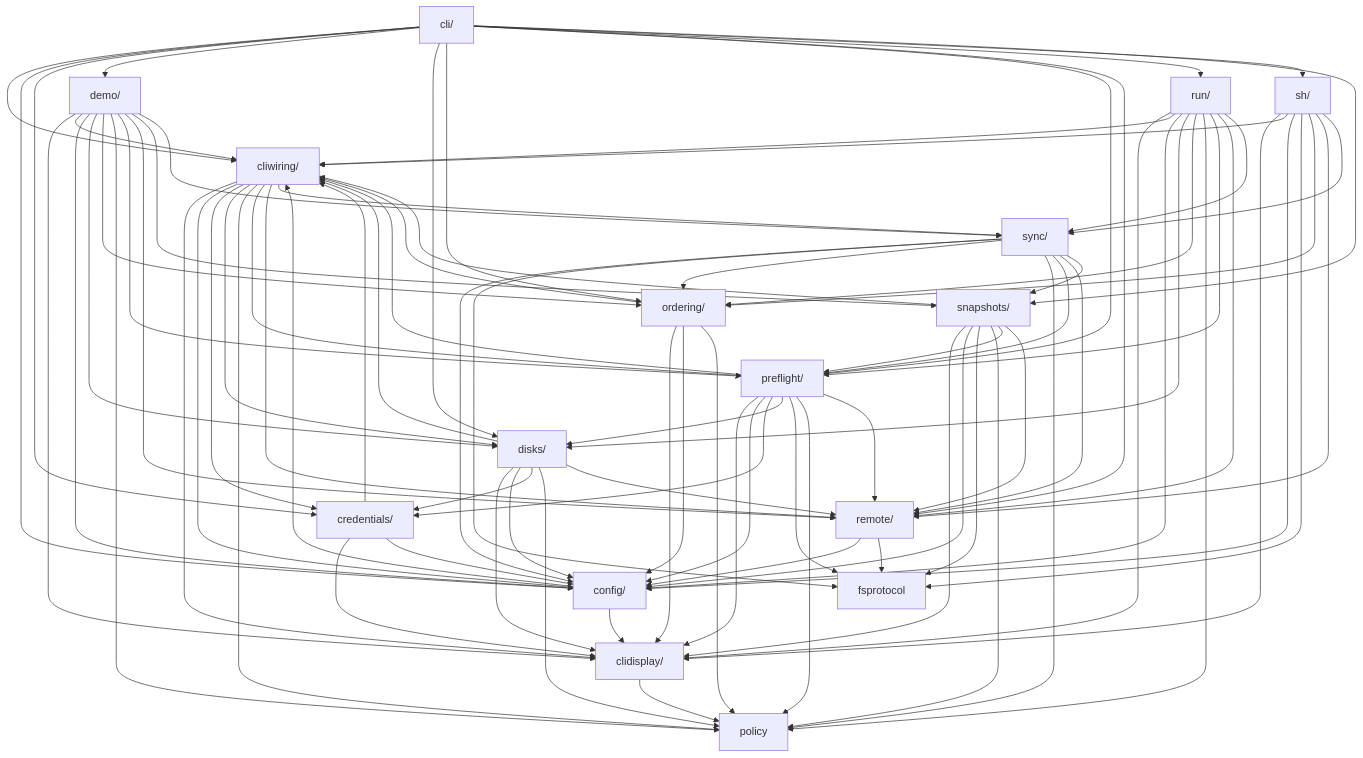
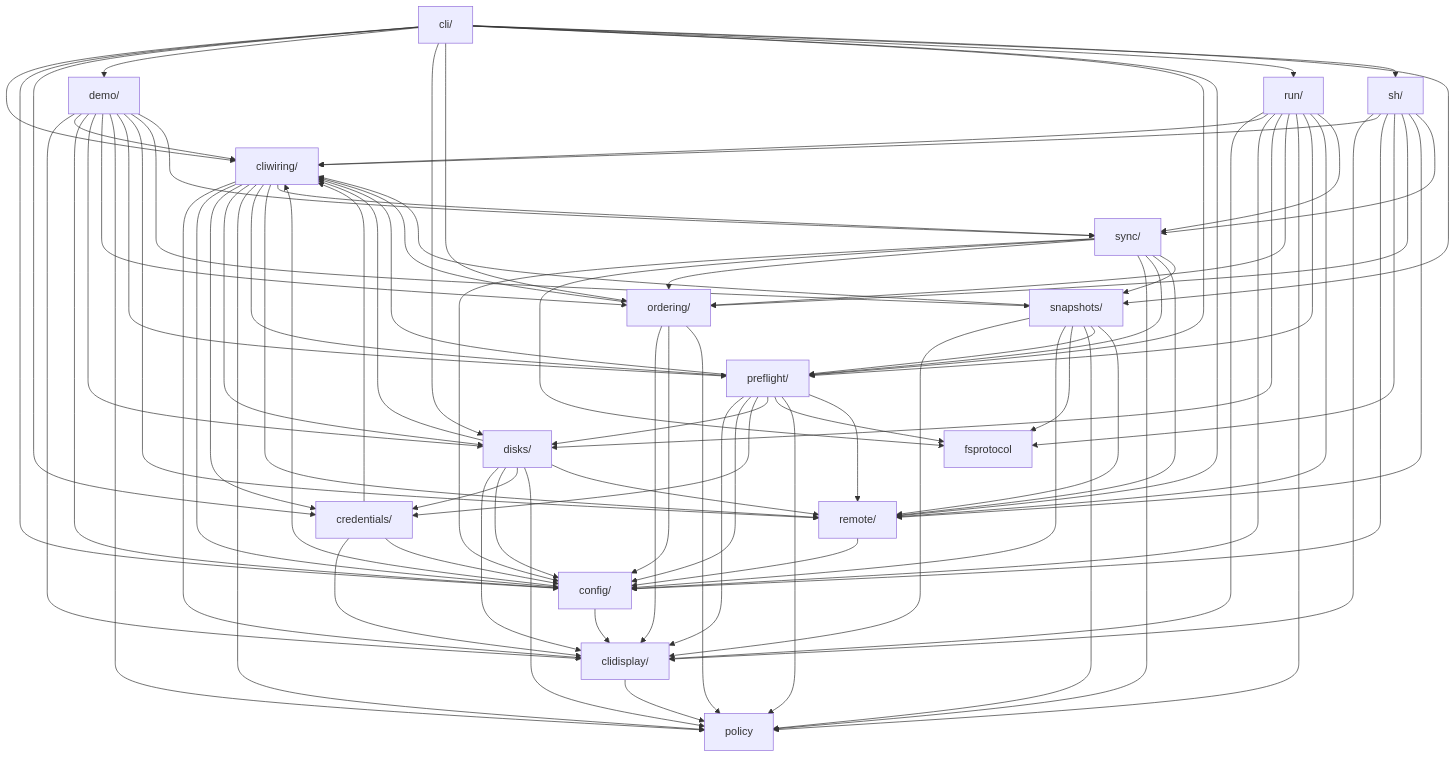
The diagram in docs/architecture.md (iglootools/nbkp), drawn with Mermaid before and after one commit. The commit also changed 5 other files, not shown here.

```diff
--- a/docs/architecture.md
+++ b/docs/architecture.md
@@ -124,7 +124,6 @@
     preflight --> policy
     preflight --> remote
     remote --> config
-    remote --> fsprotocol
     run --> clidisplay
     run --> cliwiring
     run --> config
```
